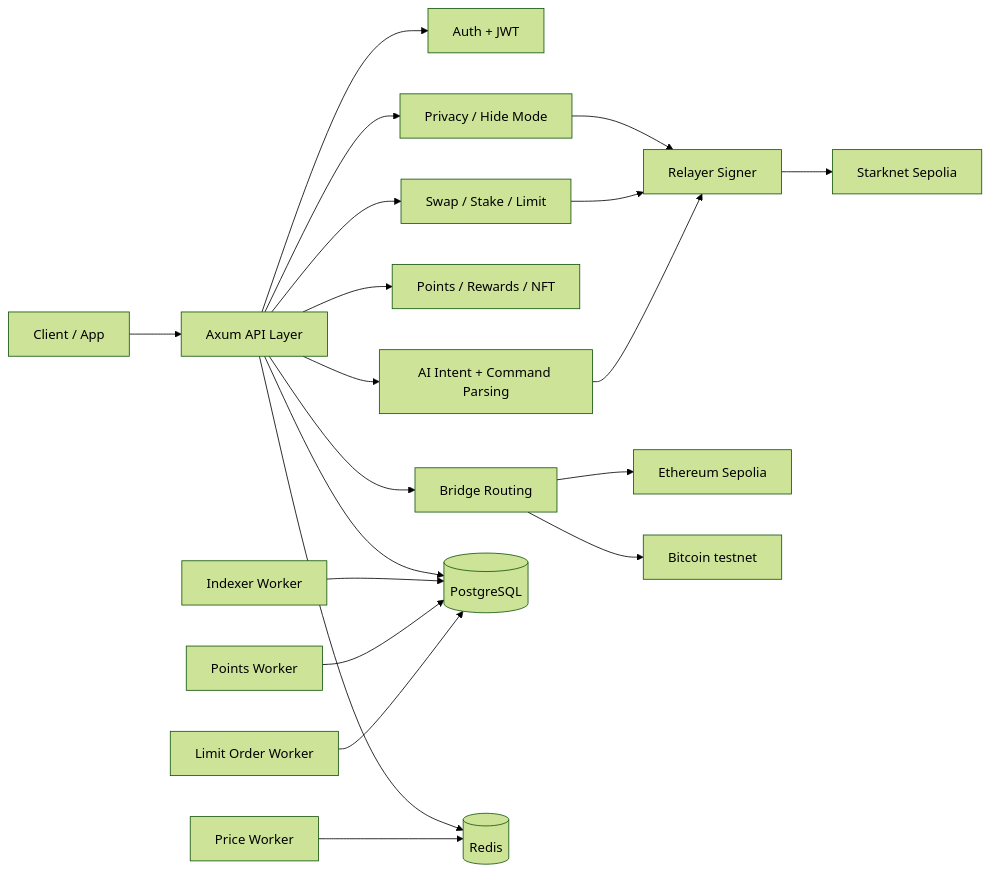
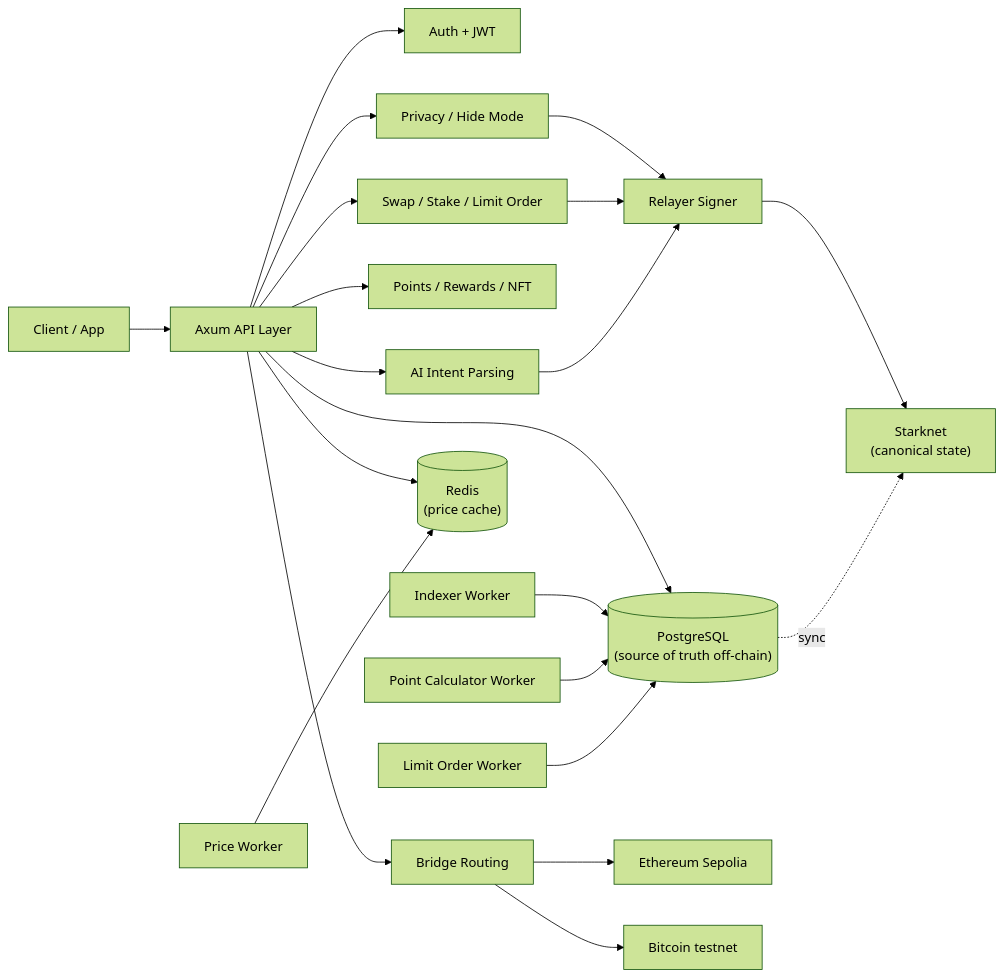
Before and after one commit to ntfound-dev/zkcarel_protocol: the diagram in backend-rust/README.md, drawn with Mermaid (forest theme). The commit also changed other lines of this file and 9 other files, not shown here.

````diff
--- a/backend-rust/README.md
+++ b/backend-rust/README.md
@@ -55,27 +49,29 @@
 ```mermaid
 flowchart LR
     CLIENT["Client / App"] --> API["Axum API Layer"]
 
     API --> AUTH["Auth + JWT"]
-    API --> TRADE["Swap / Stake / Limit"]
+    API --> TRADE["Swap / Stake / Limit Order"]
     API --> PRIV["Privacy / Hide Mode"]
     API --> REWARD["Points / Rewards / NFT"]
     API --> BRIDGE["Bridge Routing"]
-    API --> AI["AI Intent + Command Parsing"]
+    API --> AI["AI Intent Parsing"]
 
     PRIV --> RELAYER["Relayer Signer"]
     TRADE --> RELAYER
     AI --> RELAYER
 
-    API --> PG[("PostgreSQL")]
-    API --> REDIS[("Redis")]
+    API --> PG[("PostgreSQL\n(source of truth off-chain)")]
+    API --> REDIS[("Redis\n(price cache)")]
 
     INDEXER["Indexer Worker"] --> PG
     PRICE["Price Worker"] --> REDIS
-    POINTS["Points Worker"] --> PG
+    POINTS["Point Calculator Worker"] --> PG
     LIMITEXEC["Limit Order Worker"] --> PG
 
-    RELAYER --> STARKNET["Starknet Sepolia"]
+    RELAYER --> STARKNET["Starknet\n(canonical state)"]
     BRIDGE --> ETH["Ethereum Sepolia"]
     BRIDGE --> BTC["Bitcoin testnet"]
+
+    PG -.->|sync| STARKNET
 ```
````
